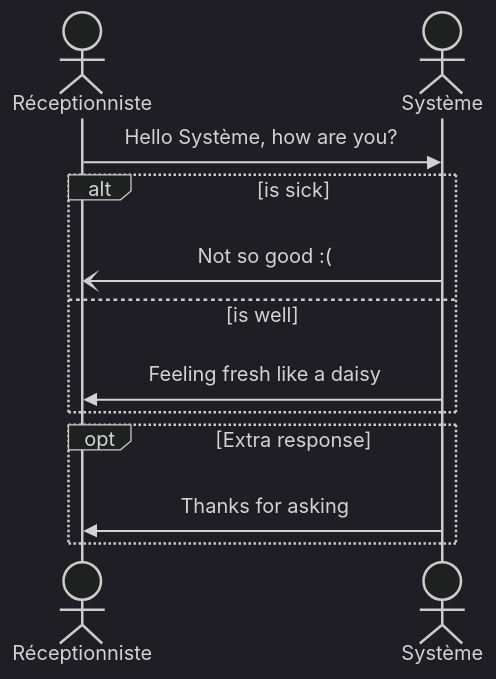
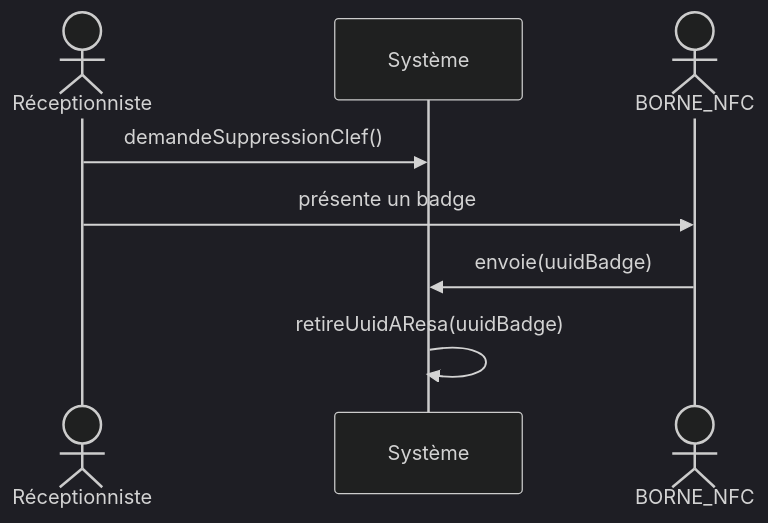
Before and after one commit to ArtichOtel/ArtichOtel_MOBILE: the third of 3 diagrams in receptionnist.md, drawn with Mermaid (dark theme). The commit also changed other lines of this file, not shown here.

Commit message:
update use case, sequences diag

````diff
--- a/receptionnist.md
+++ b/receptionnist.md
@@ -16,18 +25,9 @@
 ```mermaid
 sequenceDiagram
     actor Réceptionniste
-    actor Système
-        Réceptionniste->>Système: Hello Système, how are you?
-        alt is sick
-            Système-)Réceptionniste: Not so good :(
-        else is well
-            Système->>Réceptionniste: Feeling fresh like a daisy
-        end
-    
-        opt Extra response
-            Système->>Réceptionniste: Thanks for asking
-        end
-
-
-
+    Réceptionniste->>Système: demandeSuppressionClef()
+    actor BORNE_NFC
+    Réceptionniste->>BORNE_NFC: présente un badge
+    BORNE_NFC->>Système: envoie(uuidBadge)
+    Système->>Système: retireUuidAResa(uuidBadge)
 ```
````
